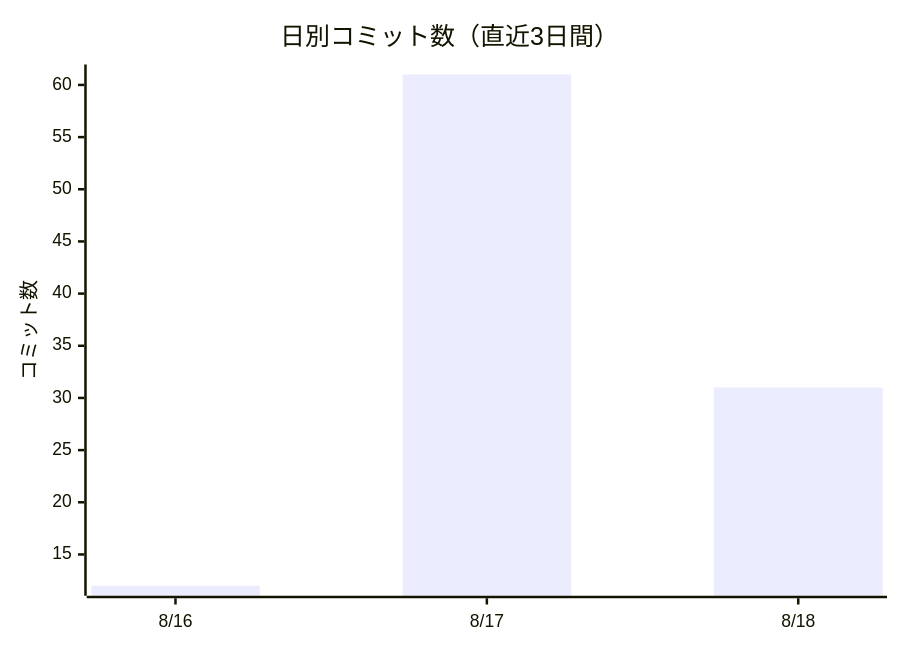
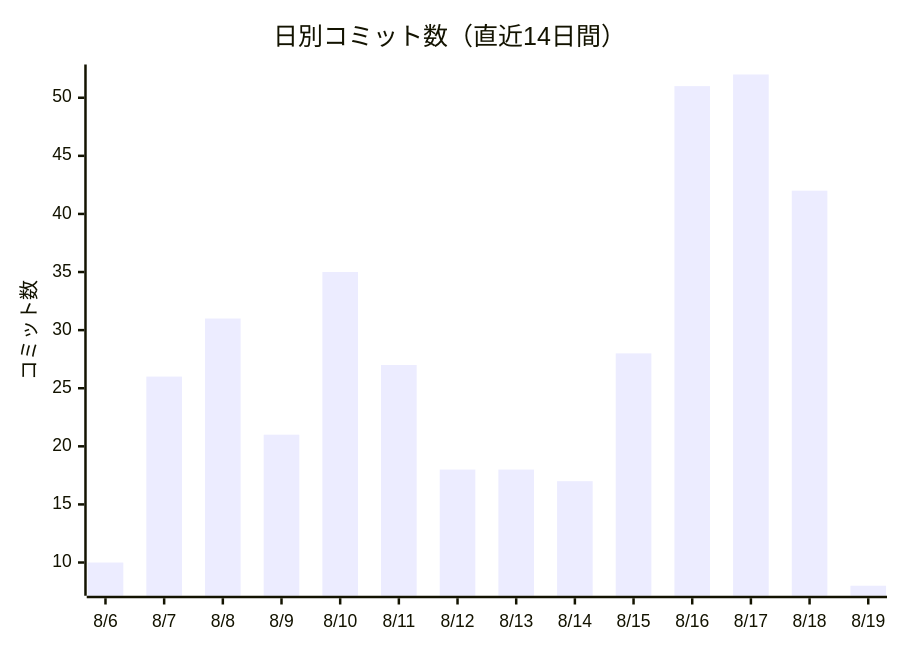
One commit to non-x2/non-x2 changed the first of 2 diagrams in docs/進化レポート.md. Above: the diagram before and after it, drawn with Mermaid. The commit also changed other lines of this file and 3 other files, not shown here.

````diff
--- a/docs/進化レポート.md
+++ b/docs/進化レポート.md
@@ -23,7 +23,7 @@
 ```mermaid
 xychart-beta
-    title "日別コミット数（直近3日間）"
-    x-axis ["8/16", "8/17", "8/18"]
+    title "日別コミット数（直近14日間）"
+    x-axis ["8/6", "8/7", "8/8", "8/9", "8/10", "8/11", "8/12", "8/13", "8/14", "8/15", "8/16", "8/17", "8/18", "8/19"]
     y-axis "コミット数"
-    bar [12, 61, 31]
+    bar [10, 26, 31, 21, 35, 27, 18, 18, 17, 28, 51, 52, 42, 8]
 ```
````
